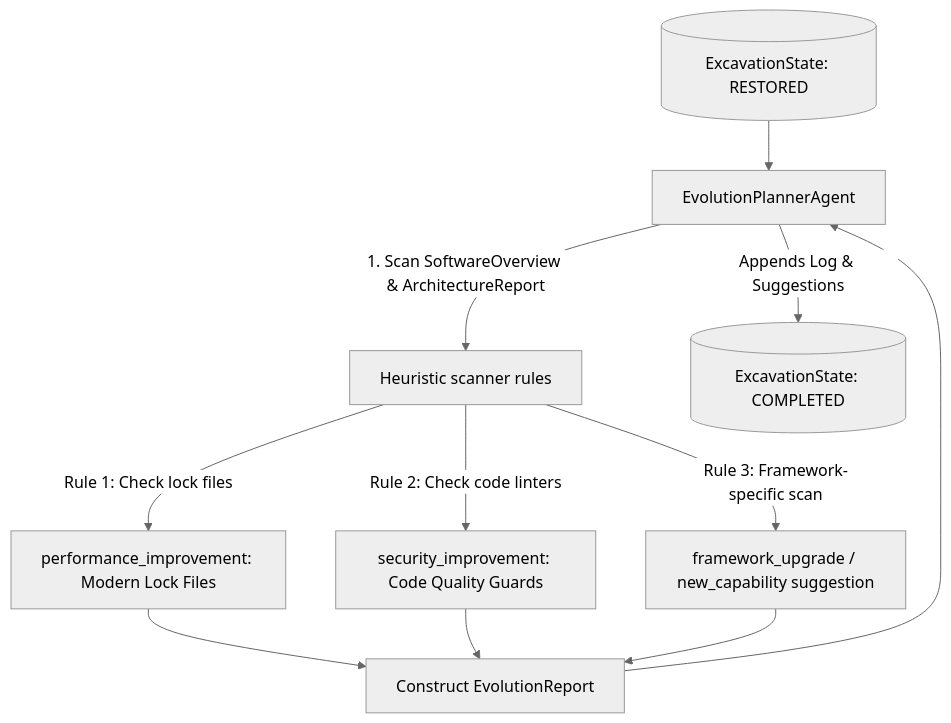
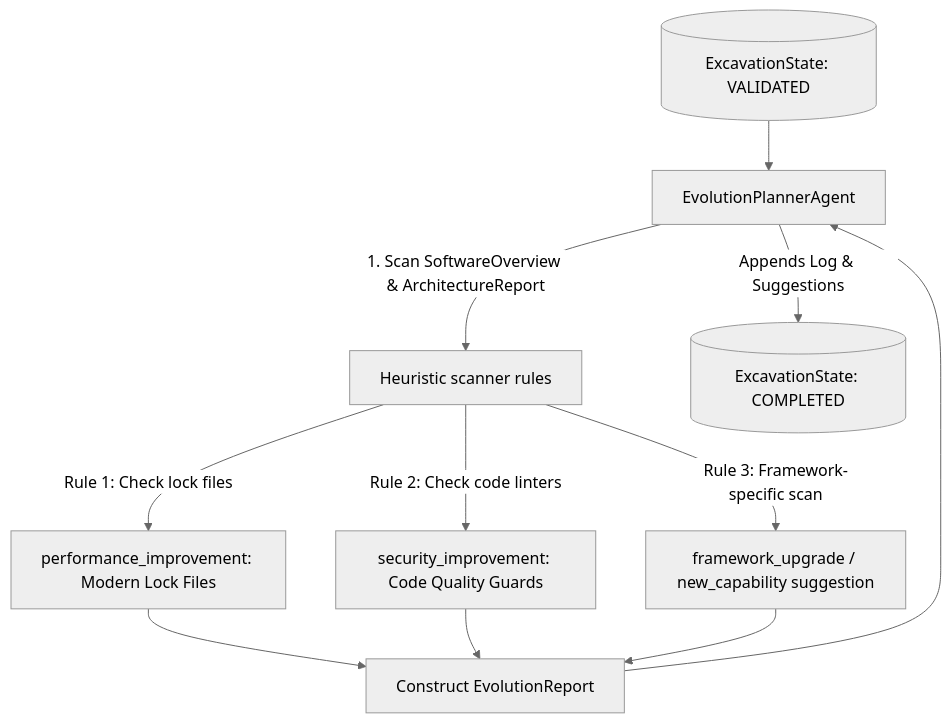
Diagram 11 of 13 in .agents/architecture.md (RamSaiDeep/ReForge), drawn with Mermaid (neutral theme) before and after one commit. The commit also changed other lines of this file and 17 other files, not shown here.

Commit message:
feat: implement CodeValidator, ValidationAgent, Stage 8 flowcharts, and integrate validation checks into supervisor pipeline

````diff
--- a/.agents/architecture.md
+++ b/.agents/architecture.md
@@ -289,11 +299,11 @@
 ```mermaid
 flowchart TD
-    StateIn[(ExcavationState: RESTORED)] --> EvolutionPlannerAgent[EvolutionPlannerAgent]
+    StateIn[(ExcavationState: VALIDATED)] --> EvolutionPlannerAgent[EvolutionPlannerAgent]
     EvolutionPlannerAgent -->|1. Scan SoftwareOverview & ArchitectureReport| Scanner[Heuristic scanner rules]
     Scanner -->|Rule 1: Check lock files| Suggest1[performance_improvement: Modern Lock Files]
     Scanner -->|Rule 2: Check code linters| Suggest2[security_improvement: Code Quality Guards]
     Scanner -->|Rule 3: Framework-specific scan| Suggest3[framework_upgrade / new_capability suggestion]
     Suggest1 & Suggest2 & Suggest3 --> GenReport[Construct EvolutionReport]
     GenReport --> EvolutionPlannerAgent
     EvolutionPlannerAgent -->|Appends Log & Suggestions| StateOut[(ExcavationState: COMPLETED)]
 ```
````
